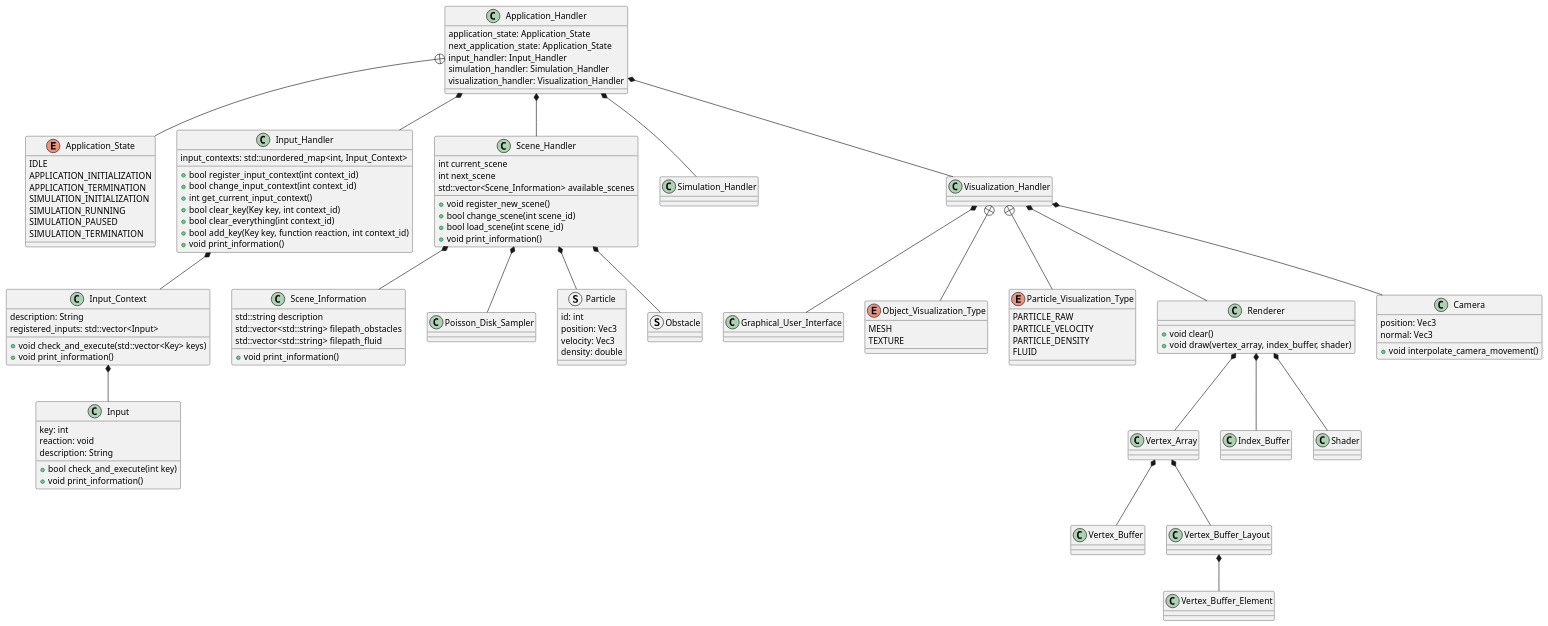
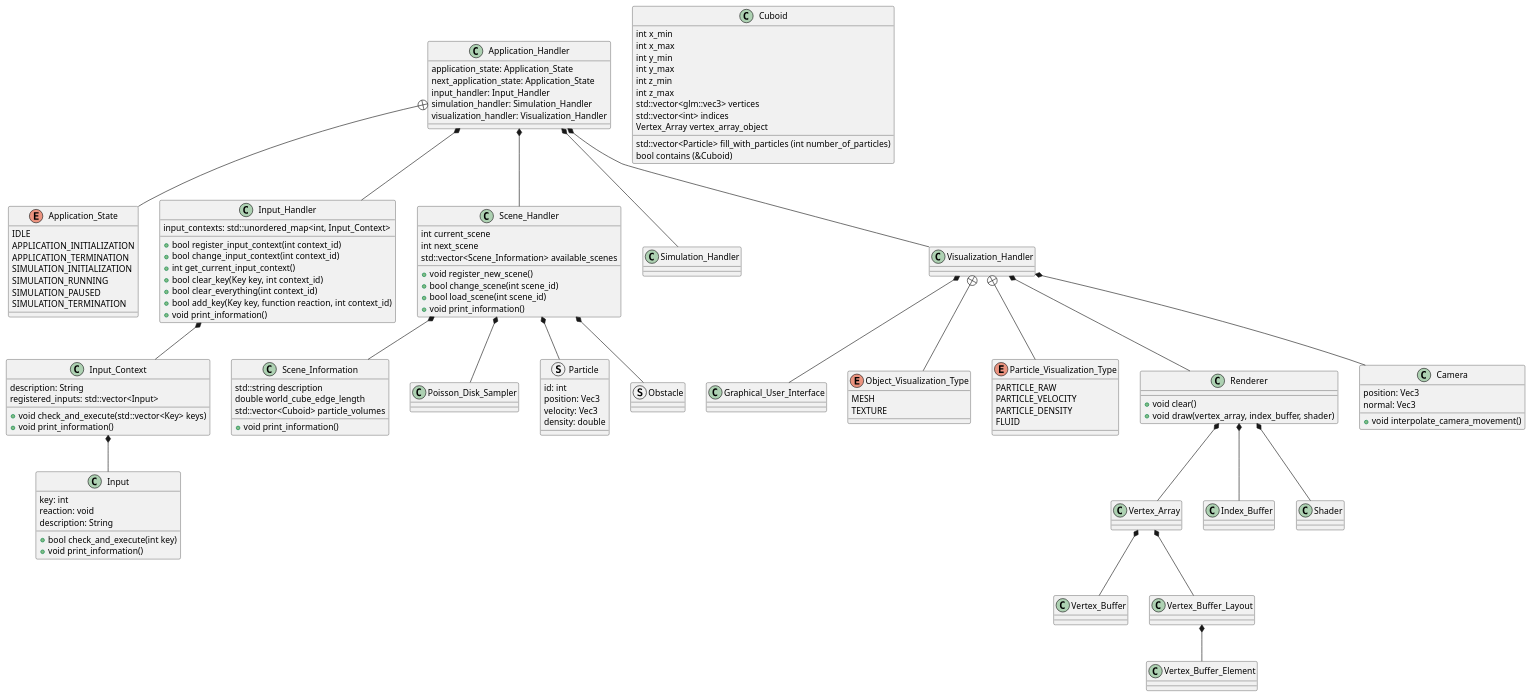
Before and after one commit to startbit96/rtgp-fluid-simulation: the diagram in doc/uml_visualization/class_diagram.puml, drawn with PlantUML. The commit also changed 35 other files, not shown here.

```diff
--- a/doc/uml_visualization/class_diagram.puml
+++ b/doc/uml_visualization/class_diagram.puml
@@ -1,169 +1,183 @@
 @startuml
 enum Application_State {
     IDLE
     APPLICATION_INITIALIZATION
     APPLICATION_TERMINATION
     SIMULATION_INITIALIZATION
     SIMULATION_RUNNING
     SIMULATION_PAUSED
     SIMULATION_TERMINATION
 }
 
 class Application_Handler {
     application_state: Application_State
     next_application_state: Application_State
     input_handler: Input_Handler
     simulation_handler: Simulation_Handler
     visualization_handler: Visualization_Handler
 }
 
 class Input {
     key: int
     reaction: void
     description: String
     +bool check_and_execute(int key)
     +void print_information()
 }
 
 class Input_Context {
     description: String
     registered_inputs: std::vector<Input>
     +void check_and_execute(std::vector<Key> keys)
     +void print_information()
 }
 
 class Input_Handler {
     input_contexts: std::unordered_map<int, Input_Context>
     +bool register_input_context(int context_id)
     +bool change_input_context(int context_id)
     +int get_current_input_context()
     +bool clear_key(Key key, int context_id)
     +bool clear_everything(int context_id)
     +bool add_key(Key key, function reaction, int context_id)
     +void print_information()
 }
 
 class Scene_Handler {
     int current_scene
     int next_scene
     std::vector<Scene_Information> available_scenes
     +void register_new_scene() 
     +bool change_scene(int scene_id)
     +bool load_scene(int scene_id)
     +void print_information()
 }
 
 class Scene_Information {
     std::string description
-    std::vector<std::string> filepath_obstacles
-    std::vector<std::string> filepath_fluid
+    double world_cube_edge_length
+    std::vector<Cuboid> particle_volumes
     +void print_information()
+}
+
+class Cuboid {
+    int x_min
+    int x_max
+    int y_min
+    int y_max
+    int z_min
+    int z_max
+    std::vector<glm::vec3> vertices
+    std::vector<int> indices
+    Vertex_Array vertex_array_object
+    std::vector<Particle> fill_with_particles (int number_of_particles)
+    bool contains (&Cuboid)
 }
 
 class Poisson_Disk_Sampler {
 
 }
 
 struct Particle {
     id: int
     position: Vec3
     velocity: Vec3
     density: double
 }
 
 struct Obstacle {
 
 }
 
 Scene_Handler *-- Scene_Information
 Scene_Handler *-- Poisson_Disk_Sampler
 Scene_Handler *-- Particle
 Scene_Handler *-- Obstacle
 Application_Handler *-- Scene_Handler
 
 
 
 Input_Handler *-- Input_Context
 Input_Context *-- Input
 
 Application_Handler *-- Input_Handler
 Application_Handler *-- Simulation_Handler
 Application_Handler *-- Visualization_Handler
 Application_Handler +-- Application_State
 Visualization_Handler *-- Graphical_User_Interface
 
 class Graphical_User_Interface {
 
 }
 
 class Simulation_Handler {
     
 }
 
 class Visualization_Handler {
     
 }
 
 enum Object_Visualization_Type {
     MESH
     TEXTURE
 }
 
 enum Particle_Visualization_Type {
     PARTICLE_RAW
     PARTICLE_VELOCITY
     PARTICLE_DENSITY
     FLUID
 }
 
 Visualization_Handler +-- Object_Visualization_Type
 Visualization_Handler +-- Particle_Visualization_Type
 
 class Renderer {
     +void clear()
     +void draw(vertex_array, index_buffer, shader)
 }
 
 class Vertex_Array {
 
 }
 
 class Vertex_Buffer {
 
 }
 
 class Vertex_Buffer_Layout {
 
 }
 
 class Vertex_Buffer_Element {
 
 }
 
 Vertex_Array *-- Vertex_Buffer
 Vertex_Array *-- Vertex_Buffer_Layout
 Vertex_Buffer_Layout *-- Vertex_Buffer_Element
 
 class Index_Buffer {
 
 }
 
 class Shader {
 
 }
 
 Visualization_Handler *-- Renderer
 Renderer *-- Vertex_Array
 Renderer *-- Index_Buffer
 Renderer *-- Shader
 
 class Camera {
     position: Vec3
     normal: Vec3
     +void interpolate_camera_movement()
 }
 
 Visualization_Handler *-- Camera
 
 
 @enduml
```
